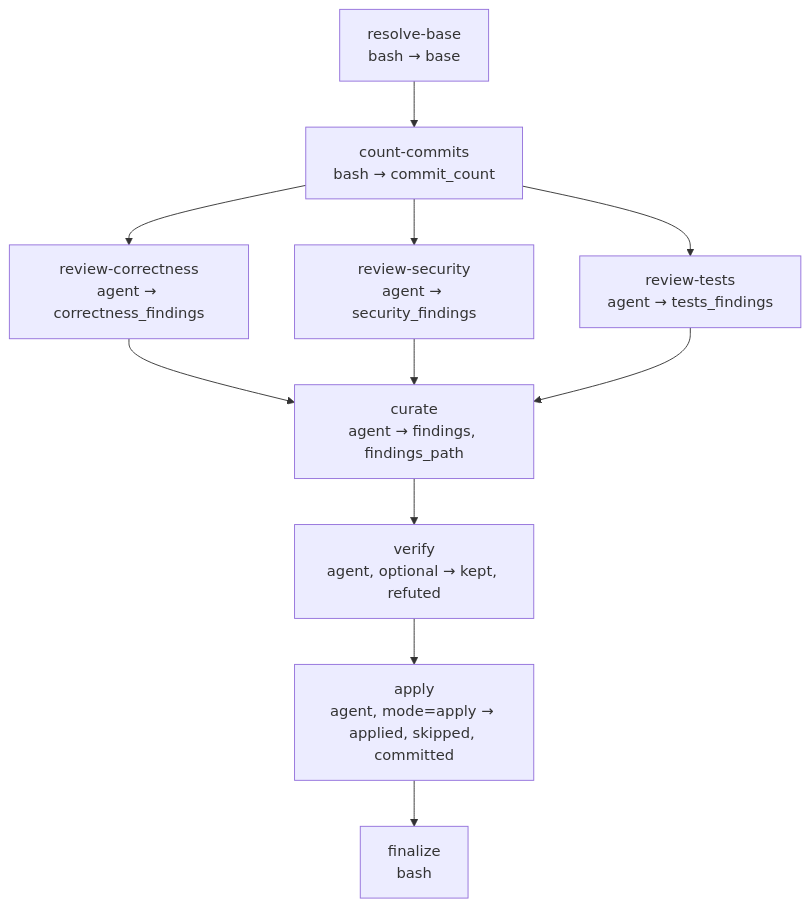
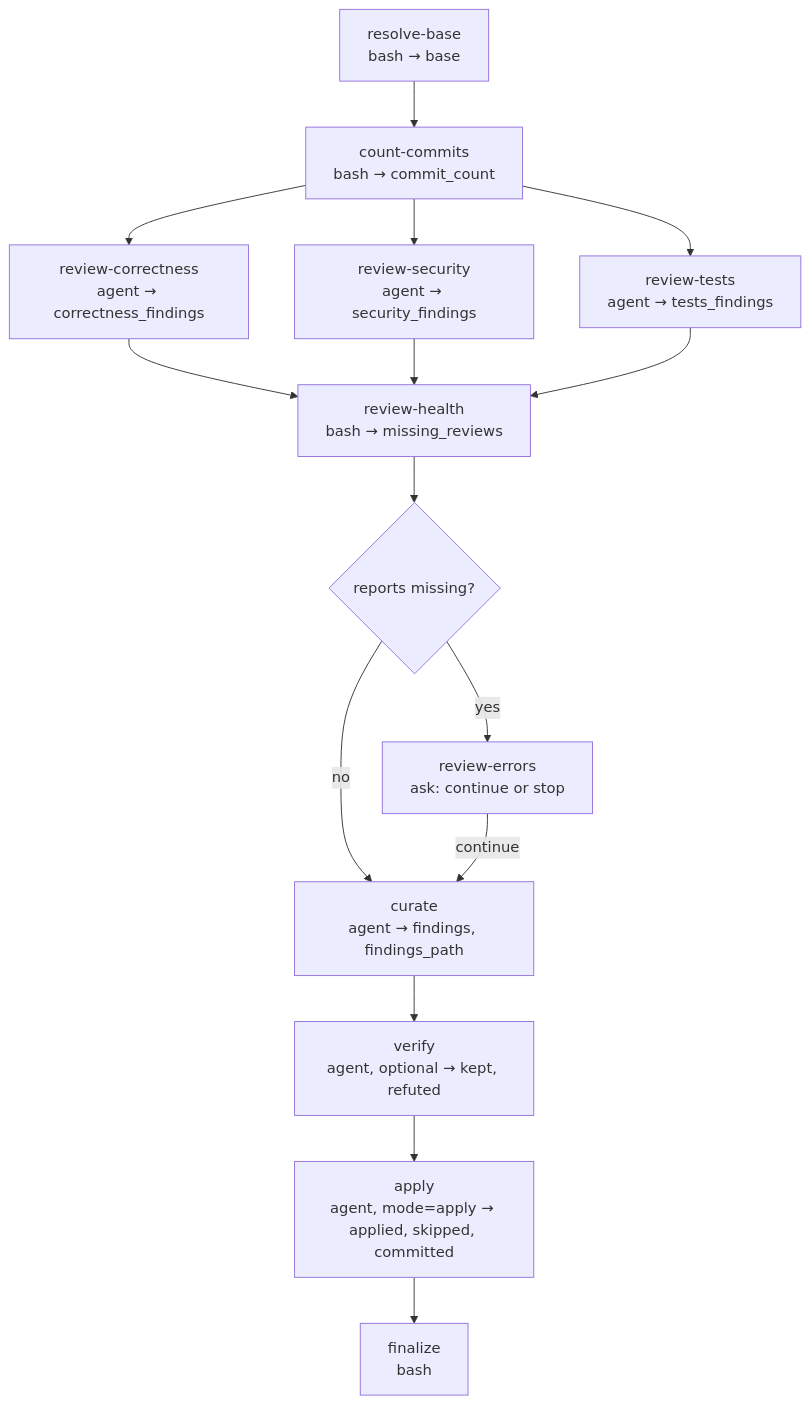
Before and after one commit to e1024kb/wise-claude: the diagram in plugins/wise/workflows/code-review/README.md, drawn with Mermaid. The commit also changed other lines of this file and 13 other files, not shown here.

````diff
--- a/plugins/wise/workflows/code-review/README.md
+++ b/plugins/wise/workflows/code-review/README.md
@@ -57,13 +58,17 @@
 ```mermaid
 flowchart TD
     A[resolve-base<br/>bash → base] --> B[count-commits<br/>bash → commit_count]
     B --> C[review-correctness<br/>agent → correctness_findings]
     B --> D[review-security<br/>agent → security_findings]
     B --> E[review-tests<br/>agent → tests_findings]
-    C --> F[curate<br/>agent → findings, findings_path]
-    D --> F
-    E --> F
+    C --> J[review-health<br/>bash → missing_reviews]
+    D --> J
+    E --> J
+    J --> K{reports missing?}
+    K -->|yes| L[review-errors<br/>ask: continue or stop]
+    K -->|no| F[curate<br/>agent → findings, findings_path]
+    L -->|continue| F
     F --> G[verify<br/>agent, optional → kept, refuted]
     G --> H[apply<br/>agent, mode=apply → applied, skipped, committed]
     H --> I[finalize<br/>bash]
 ```
````
